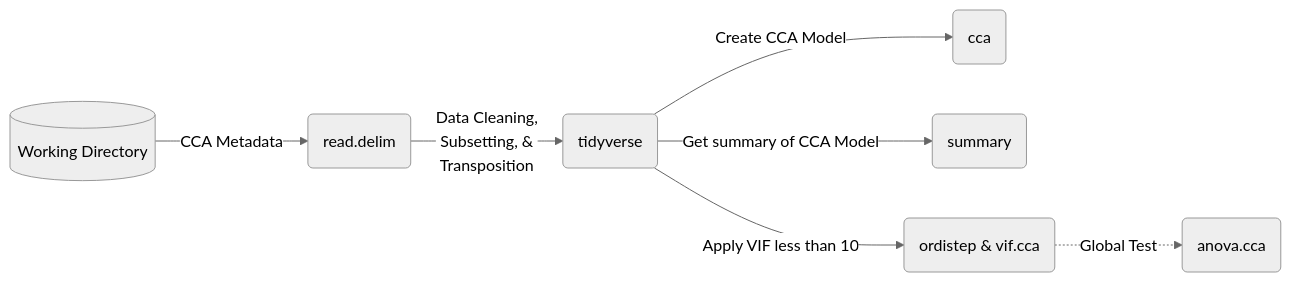
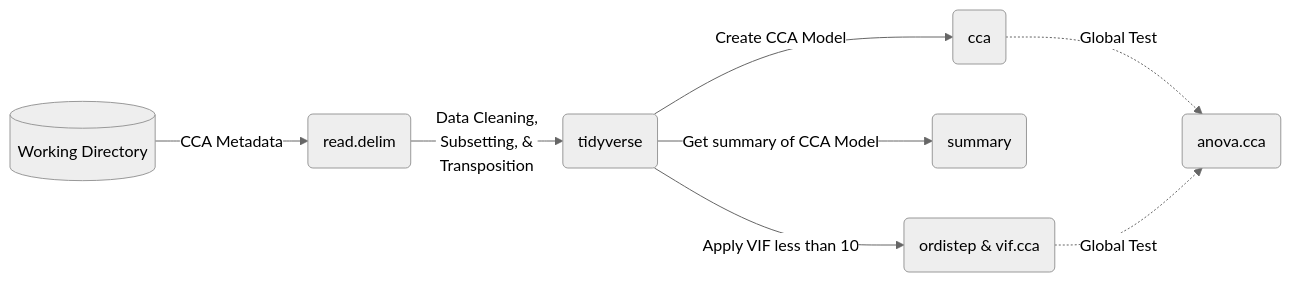
One commit to aptejada/Mermaid-Markdown-Practice-File changed the third of 3 diagrams in README.md. Above: the diagram before and after it, drawn with Mermaid (neutral theme).

````diff
--- a/README.md
+++ b/README.md
@@ -44,10 +44,11 @@
 ```mermaid
 flowchart LR
 id1[(Working Directory)] --> |CCA Metadata| B(read.delim)
 B --> |Data Cleaning,</br>Subsetting, &</br>Transposition| C(tidyverse)
 C --> |Create CCA Model| D(cca)
+D -. Global Test .->G(anova.cca)
 C--> |Get summary of CCA Model| E(summary)
 C --> |Apply VIF less than 10|F(ordistep & vif.cca)
 F-. Global Test .->G(anova.cca)
 
 ```
````
